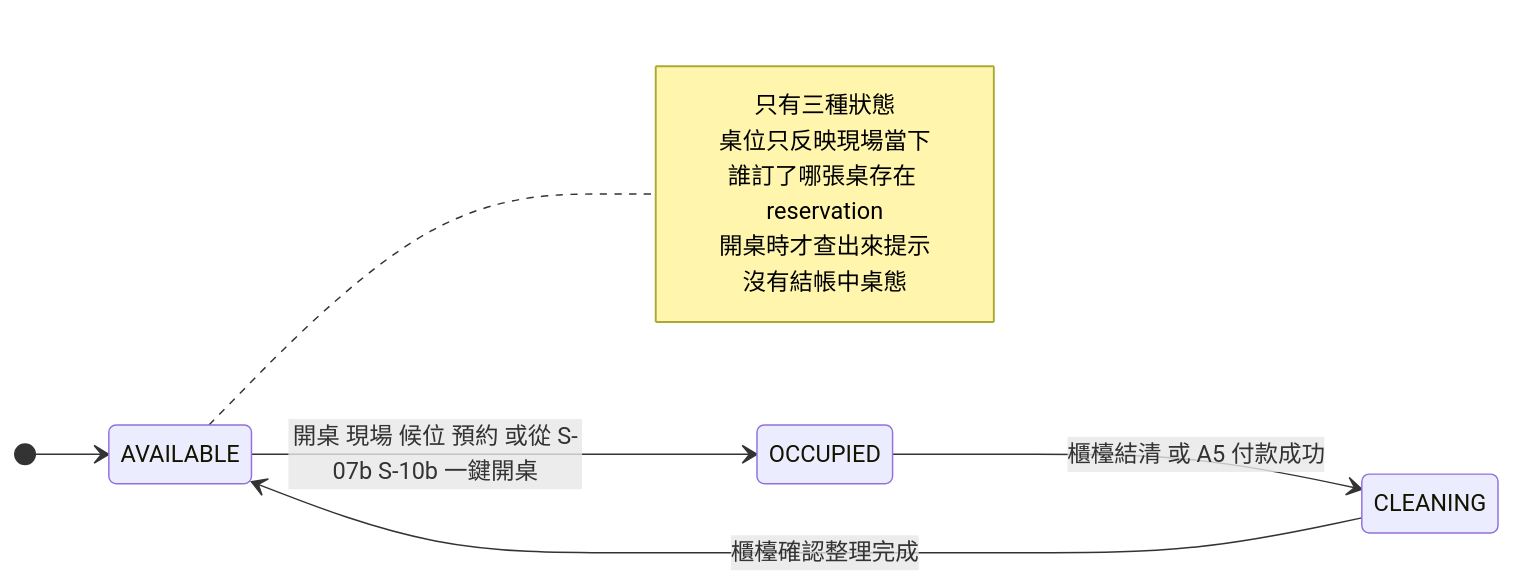
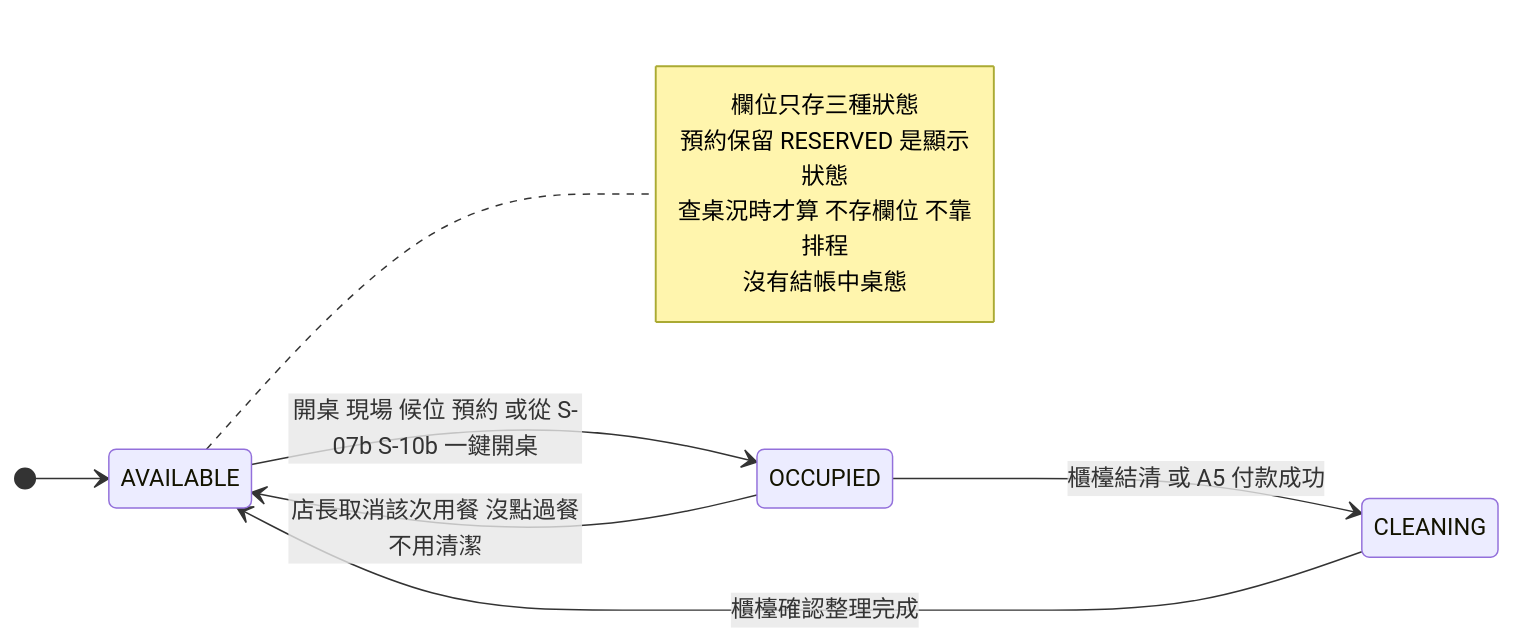
One commit to harry-wann/smart-order changed the ninth of 16 diagrams in docs/spec/06-圖表總覽.md. Above: the diagram before and after it, drawn with Mermaid. The commit also changed other lines of this file and 80 other files, not shown here.

````diff
--- a/docs/spec/06-圖表總覽.md
+++ b/docs/spec/06-圖表總覽.md
@@ -629,16 +669,16 @@
 ```mermaid
 stateDiagram-v2
     direction LR
     [*] --> AVAILABLE
     AVAILABLE --> OCCUPIED : 開桌 現場 候位 預約 或從 S-07b S-10b 一鍵開桌
     OCCUPIED --> CLEANING : 櫃檯結清 或 A5 付款成功
+    OCCUPIED --> AVAILABLE : 店長取消該次用餐 沒點過餐不用清潔
     CLEANING --> AVAILABLE : 櫃檯確認整理完成
 
     note right of AVAILABLE
-        只有三種狀態
-        桌位只反映現場當下
-        誰訂了哪張桌存在 reservation
-        開桌時才查出來提示
+        欄位只存三種狀態
+        預約保留 RESERVED 是顯示狀態
+        查桌況時才算 不存欄位 不靠排程
         沒有結帳中桌態
     end note
 ```
````
